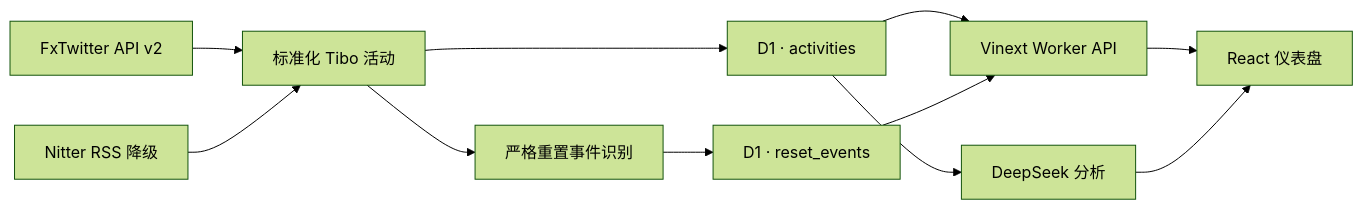
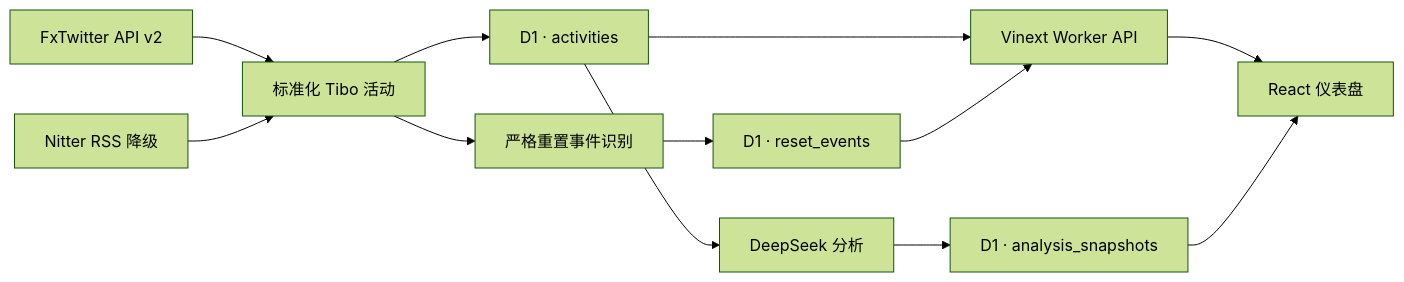
The diagram in README_ZH.md (Mustenaka/what_did_tibo_say_today), drawn with Mermaid (forest theme) before and after one commit. The commit also changed other lines of this file and 20 other files, not shown here.

Commit message:
Add auditable reset analysis snapshots

````diff
--- a/README_ZH.md
+++ b/README_ZH.md
@@ -49,13 +51,14 @@
 ```mermaid
 flowchart LR
     FX["FxTwitter API v2"] --> N["标准化 Tibo 活动"]
     NR["Nitter RSS 降级"] --> N
     N --> A["D1 · activities"]
     N --> R["严格重置事件识别"]
     R --> H["D1 · reset_events"]
     A --> API["Vinext Worker API"]
     H --> API
     API --> UI["React 仪表盘"]
     A --> DS["DeepSeek 分析"]
-    DS --> UI
+    DS --> S["D1 · analysis_snapshots"]
+    S --> UI
 ```
````
